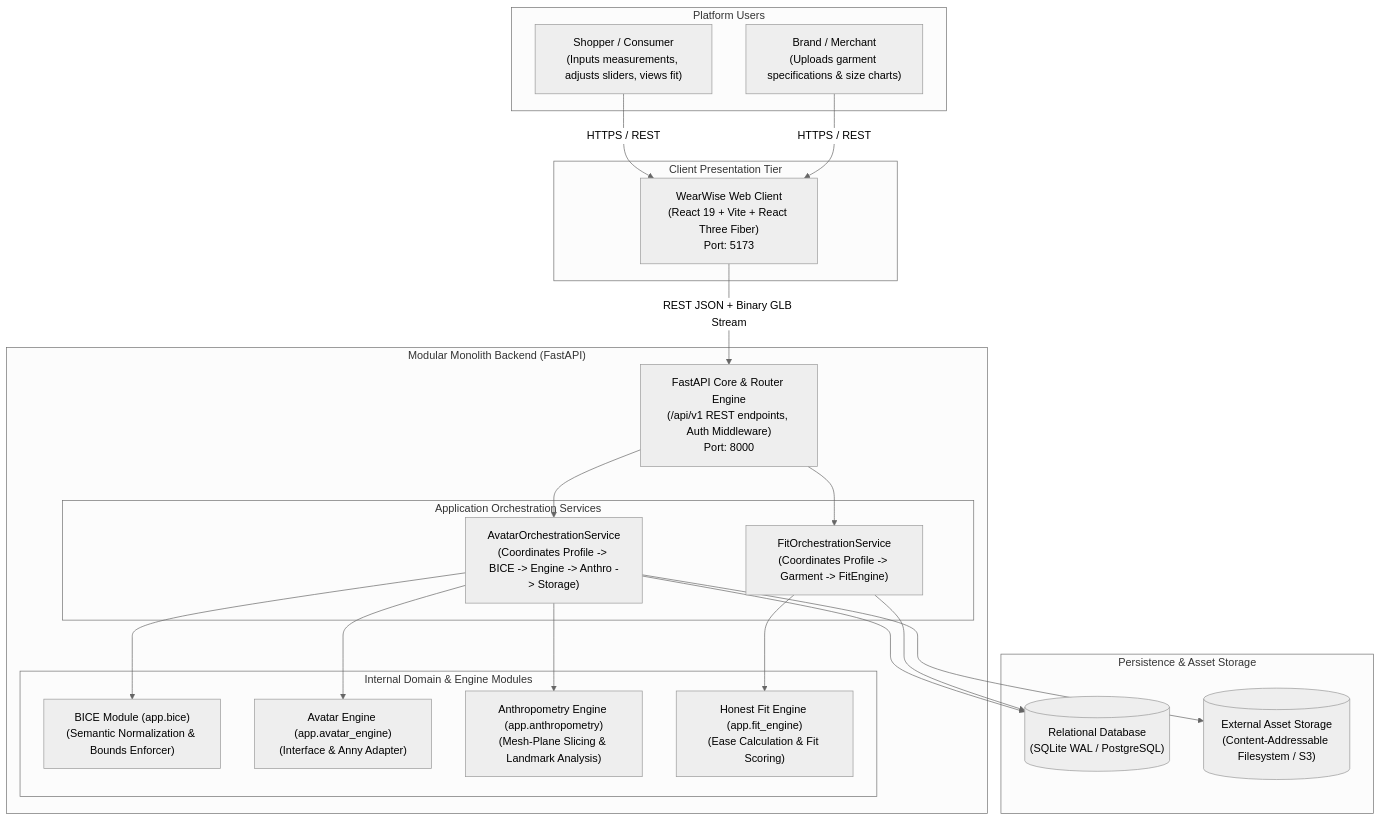
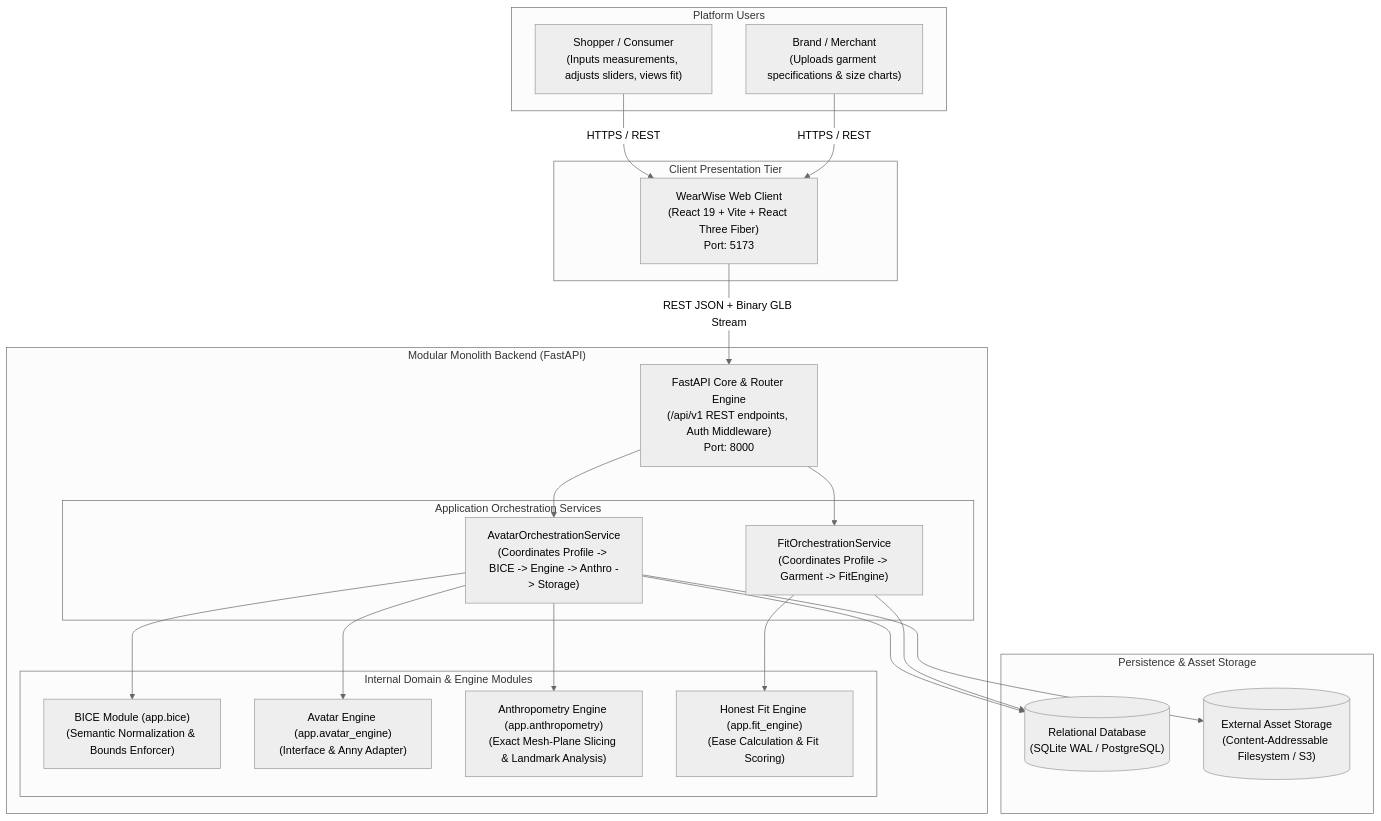
Before and after one commit to SnehaSwarnkar/WearWise: the first of 4 diagrams in WEARWISE-BODY-ENGINE/docs/architecture/SYSTEM_ARCHITECTURE.md, drawn with Mermaid (neutral theme). The commit also changed other lines of this file, not shown here.

Commit message:
docs(architecture): update SYSTEM_ARCHITECTURE.md with ShapeEvaluationPort and package structure (Rev 1.2)

````diff
--- a/WEARWISE-BODY-ENGINE/docs/architecture/SYSTEM_ARCHITECTURE.md
+++ b/WEARWISE-BODY-ENGINE/docs/architecture/SYSTEM_ARCHITECTURE.md
@@ -26,48 +26,48 @@
 ```mermaid
 flowchart TD
     subgraph Users["Platform Users"]
         Consumer["Shopper / Consumer<br>(Inputs measurements, adjusts sliders, views fit)"]
         Merchant["Brand / Merchant<br>(Uploads garment specifications & size charts)"]
     end
 
     subgraph ClientTier["Client Presentation Tier"]
         WebClient["WearWise Web Client<br>(React 19 + Vite + React Three Fiber)<br>Port: 5173"]
     end
 
     subgraph BackendTier["Modular Monolith Backend (FastAPI)"]
         APIGateway["FastAPI Core & Router Engine<br>(/api/v1 REST endpoints, Auth Middleware)<br>Port: 8000"]
         
         subgraph AppServices["Application Orchestration Services"]
             AvatarOrch["AvatarOrchestrationService<br>(Coordinates Profile -> BICE -> Engine -> Anthro -> Storage)"]
             FitOrch["FitOrchestrationService<br>(Coordinates Profile -> Garment -> FitEngine)"]
         end
 
         subgraph CoreDomainModules["Internal Domain & Engine Modules"]
             BICE["BICE Module (app.bice)<br>(Semantic Normalization & Bounds Enforcer)"]
             AvatarMod["Avatar Engine (app.avatar_engine)<br>(Interface & Anny Adapter)"]
-            AnthroMod["Anthropometry Engine (app.anthropometry)<br>(Mesh-Plane Slicing & Landmark Analysis)"]
+            AnthroMod["Anthropometry Engine (app.anthropometry)<br>(Exact Mesh-Plane Slicing & Landmark Analysis)"]
             FitMod["Honest Fit Engine (app.fit_engine)<br>(Ease Calculation & Fit Scoring)"]
         end
     end
 
     subgraph StorageTier["Persistence & Asset Storage"]
         RelationalDB[("Relational Database<br>(SQLite WAL / PostgreSQL)")]
         AssetStore[("External Asset Storage<br>(Content-Addressable Filesystem / S3)")]
     end
 
     Consumer -->|HTTPS / REST| WebClient
     Merchant -->|HTTPS / REST| WebClient
     WebClient -->|REST JSON + Binary GLB Stream| APIGateway
 
     APIGateway --> AvatarOrch
     APIGateway --> FitOrch
 
     AvatarOrch --> BICE
     AvatarOrch --> AvatarMod
     AvatarOrch --> AnthroMod
     AvatarOrch --> RelationalDB
     AvatarOrch --> AssetStore
 
     FitOrch --> FitMod
     FitOrch --> RelationalDB
 ```
````
